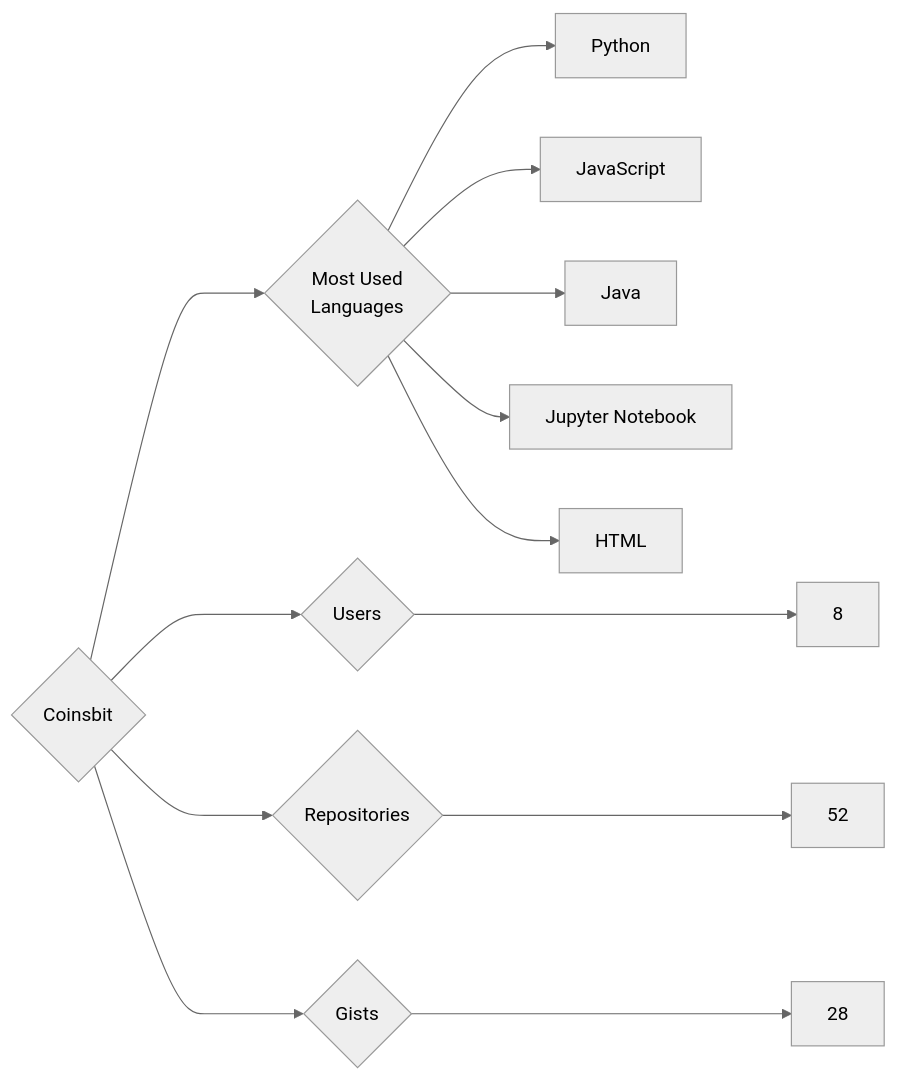
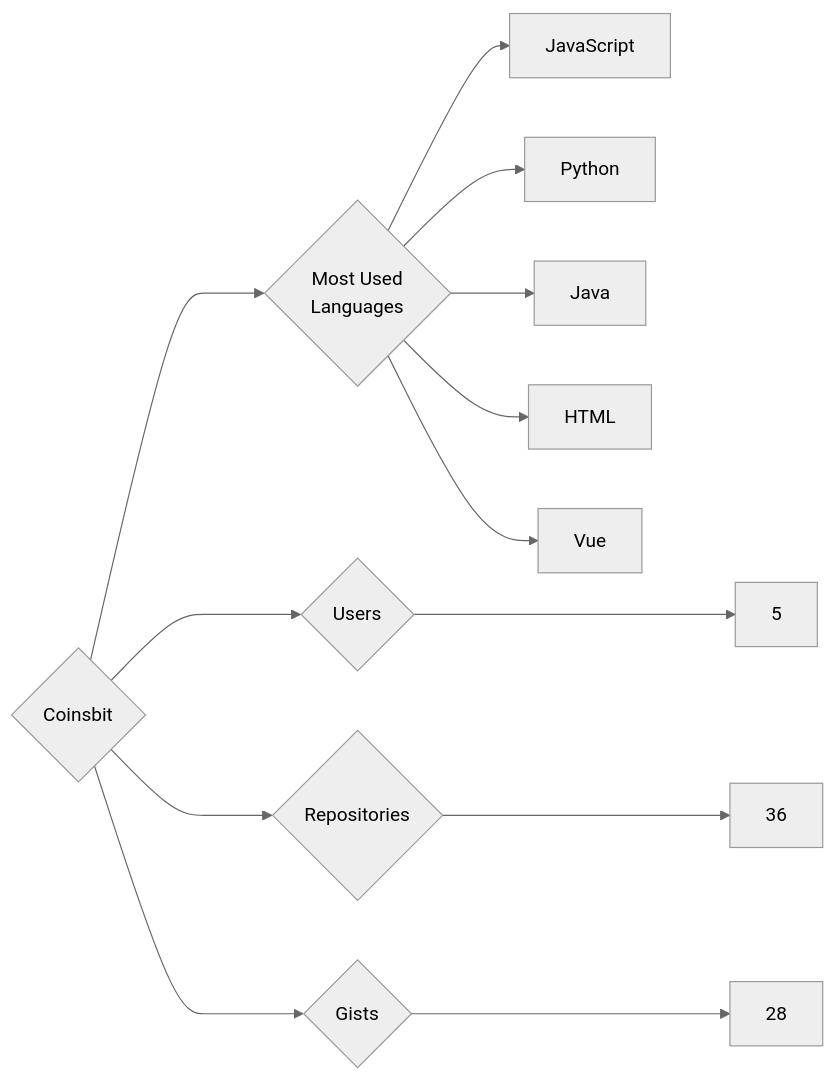
The diagram in targets/Coinsbit/README.md (trickest/insiders), drawn with Mermaid (neutral theme) before and after one commit. The commit also changed 1092 other files, not shown here.

````diff
--- a/targets/Coinsbit/README.md
+++ b/targets/Coinsbit/README.md
@@ -3,13 +3,13 @@
 ```mermaid
 graph LR
 COMPANY_NAME{Coinsbit}
-COMPANY_NAME ---> U{Users} ---> UN[8]
-COMPANY_NAME ---> R{Repositories} ---> RN[52]
+COMPANY_NAME ---> U{Users} ---> UN[5]
+COMPANY_NAME ---> R{Repositories} ---> RN[36]
 COMPANY_NAME ---> G{Gists} ---> GN[28]
 COMPANY_NAME ---> ML{Most Used<br>Languages}
+ML --> JavaScript[JavaScript]
 ML --> Python[Python]
-ML --> JavaScript[JavaScript]
 ML --> Java[Java]
-ML --> Jupyter_Notebook[Jupyter Notebook]
 ML --> HTML[HTML]
+ML --> Vue[Vue]
 ```
````
